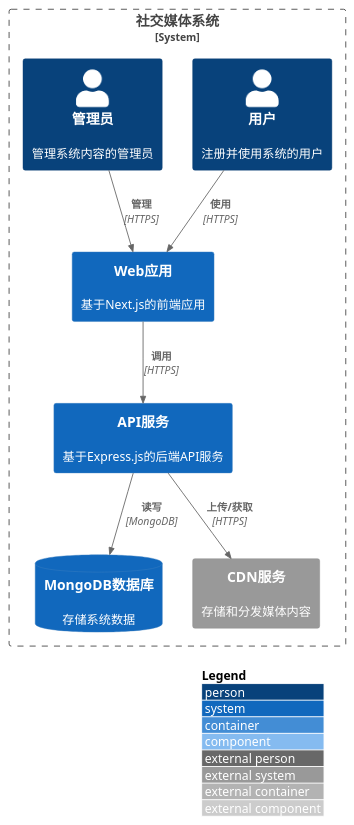
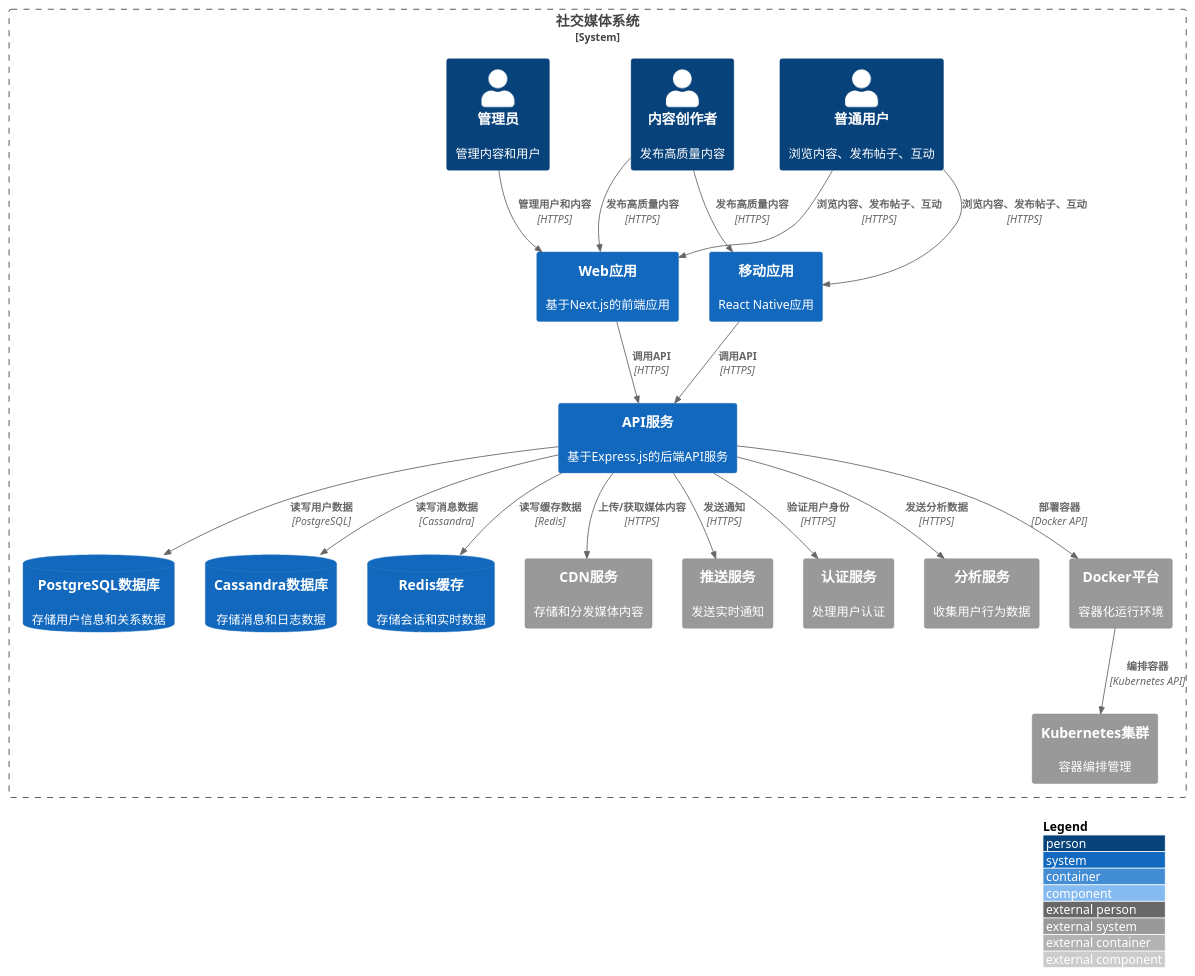
Before and after one commit to felixzhu97/social-media-project: the diagram in docs/architecture/c4-context.puml, drawn with PlantUML. The commit also changed 8 other files, not shown here.

```diff
--- a/docs/architecture/c4-context.puml
+++ b/docs/architecture/c4-context.puml
@@ -1,25 +1,45 @@
 @startuml
 !include ./c4-plantuml/C4_Context.puml
 !include ./c4-plantuml//C4_Container.puml
 !include ./c4-plantuml//C4_Component.puml
 
 LAYOUT_WITH_LEGEND()
 
 ' 系统上下文图
 System_Boundary(system, "社交媒体系统") {
-    Person(user, "用户", "注册并使用系统的用户")
-    Person(admin, "管理员", "管理系统内容的管理员")
+    Person(user, "普通用户", "浏览内容、发布帖子、互动")
+    Person(creator, "内容创作者", "发布高质量内容")
+    Person(admin, "管理员", "管理内容和用户")
 
     System(web_app, "Web应用", "基于Next.js的前端应用")
+    System(mobile_app, "移动应用", "React Native应用")
     System(api, "API服务", "基于Express.js的后端API服务")
-    SystemDb(db, "MongoDB数据库", "存储系统数据")
+    SystemDb(postgres, "PostgreSQL数据库", "存储用户信息和关系数据")
+    SystemDb(cassandra, "Cassandra数据库", "存储消息和日志数据") 
+    SystemDb(redis, "Redis缓存", "存储会话和实时数据")
     System_Ext(cdn, "CDN服务", "存储和分发媒体内容")
+    System_Ext(push_service, "推送服务", "发送实时通知")
+    System_Ext(auth_service, "认证服务", "处理用户认证")
+    System_Ext(analytics, "分析服务", "收集用户行为数据")
+    System_Ext(docker, "Docker平台", "容器化运行环境")
+    System_Ext(k8s, "Kubernetes集群", "容器编排管理")
 }
 
-Rel(user, web_app, "使用", "HTTPS")
-Rel(admin, web_app, "管理", "HTTPS")
-Rel(web_app, api, "调用", "HTTPS")
-Rel(api, db, "读写", "MongoDB")
-Rel(api, cdn, "上传/获取", "HTTPS")
+Rel(user, web_app, "浏览内容、发布帖子、互动", "HTTPS")
+Rel(user, mobile_app, "浏览内容、发布帖子、互动", "HTTPS")
+Rel(creator, web_app, "发布高质量内容", "HTTPS")
+Rel(creator, mobile_app, "发布高质量内容", "HTTPS")
+Rel(admin, web_app, "管理用户和内容", "HTTPS")
+Rel(web_app, api, "调用API", "HTTPS")
+Rel(mobile_app, api, "调用API", "HTTPS")
+Rel(api, postgres, "读写用户数据", "PostgreSQL")
+Rel(api, cassandra, "读写消息数据", "Cassandra")
+Rel(api, redis, "读写缓存数据", "Redis")
+Rel(api, cdn, "上传/获取媒体内容", "HTTPS")
+Rel(api, push_service, "发送通知", "HTTPS")
+Rel(api, auth_service, "验证用户身份", "HTTPS")
+Rel(api, analytics, "发送分析数据", "HTTPS")
+Rel(api, docker, "部署容器", "Docker API")
+Rel(docker, k8s, "编排容器", "Kubernetes API")
 
 @enduml
```
